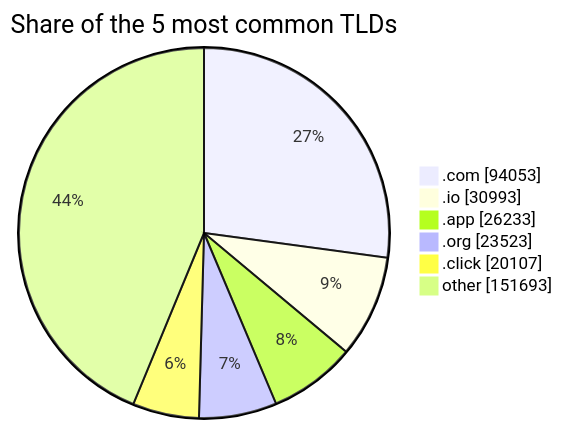
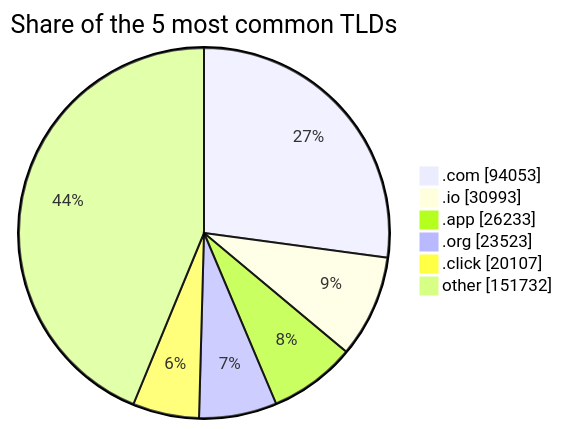
The third of 3 diagrams in README.md (DNSBunker/CTI), drawn with Mermaid before and after one commit. The commit also changed other lines of this file and 3 other files, not shown here.

````diff
--- a/README.md
+++ b/README.md
@@ -81,9 +81,9 @@
 ```mermaid
 pie showData title Share of the 5 most common TLDs
     ".com" : 94053
     ".io" : 30993
     ".app" : 26233
     ".org" : 23523
     ".click" : 20107
-    "other" : 151693
+    "other" : 151732
 ```
````
